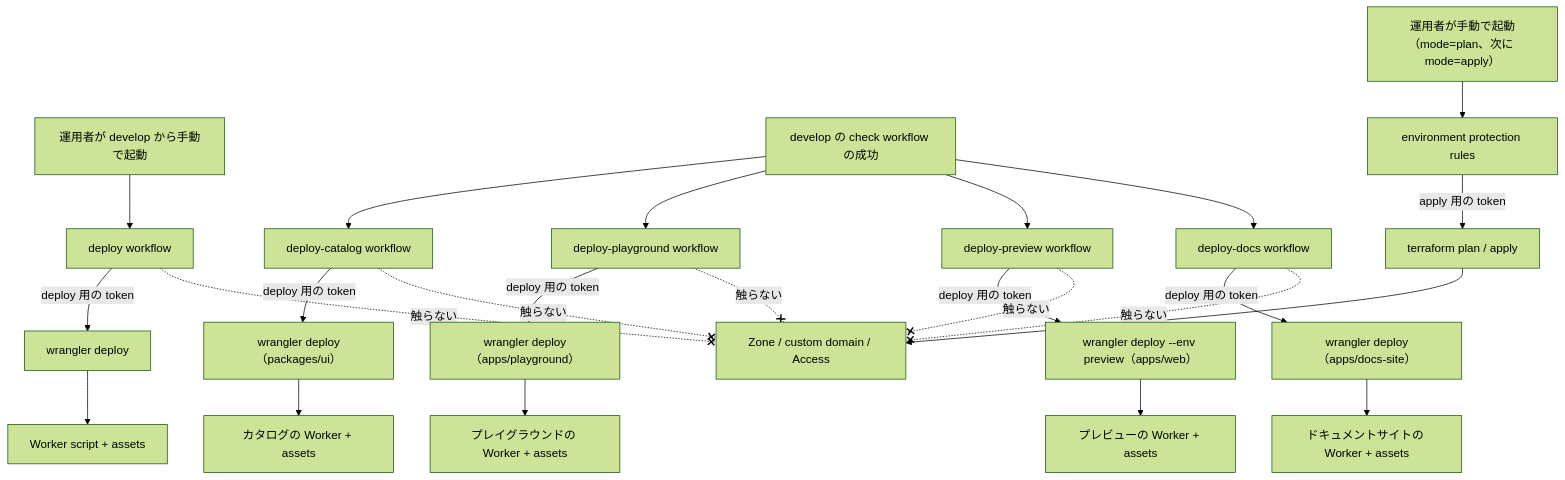
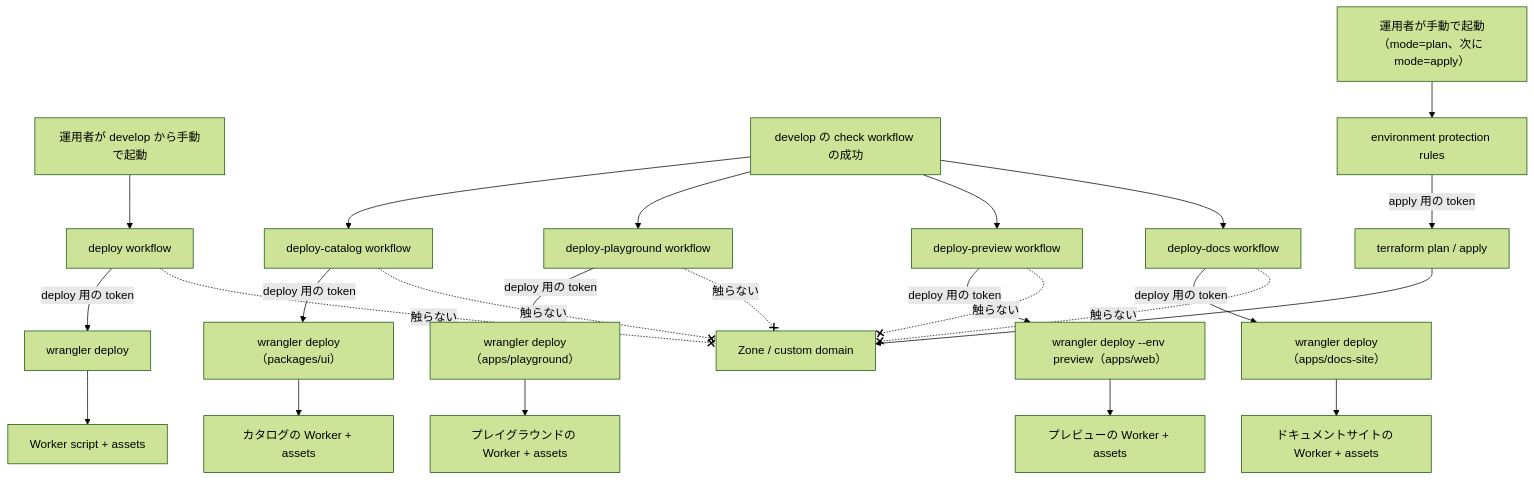
Before and after one commit to Fukuemon/fukuemon.dev: the diagram in infra/DesignDoc.md, drawn with Mermaid (forest theme). The commit also changed other lines of this file and 4 other files, not shown here.

````diff
--- a/infra/DesignDoc.md
+++ b/infra/DesignDoc.md
@@ -45,26 +45,26 @@
 ```mermaid
 flowchart TD
     dmanual["運用者が develop から手動で起動"] --> ci["deploy workflow"]
     ci -->|"deploy 用の token"| wd["wrangler deploy"]
     wd --> worker["Worker script + assets"]
     check["develop の check workflow の成功"] --> cci["deploy-catalog workflow"]
     cci -->|"deploy 用の token"| cwd["wrangler deploy（packages/ui）"]
     cwd --> catalog["カタログの Worker + assets"]
     check --> pci["deploy-playground workflow"]
     pci -->|"deploy 用の token"| pwd["wrangler deploy（apps/playground）"]
     pwd --> playground["プレイグラウンドの Worker + assets"]
     check --> vci["deploy-preview workflow"]
     vci -->|"deploy 用の token"| vwd["wrangler deploy --env preview（apps/web）"]
     vwd --> preview["プレビューの Worker + assets"]
     check --> dci["deploy-docs workflow"]
     dci -->|"deploy 用の token"| dwd["wrangler deploy（apps/docs-site）"]
     dwd --> docs["ドキュメントサイトの Worker + assets"]
     manual["運用者が手動で起動（mode=plan、次に mode=apply）"] --> env["environment protection rules"]
     env -->|"apply 用の token"| tf["terraform plan / apply"]
-    tf --> base["Zone / custom domain / Access"]
+    tf --> base["Zone / custom domain"]
     ci -. "触らない" .-x base
     cci -. "触らない" .-x base
     pci -. "触らない" .-x base
     vci -. "触らない" .-x base
     dci -. "触らない" .-x base
 ```
````
